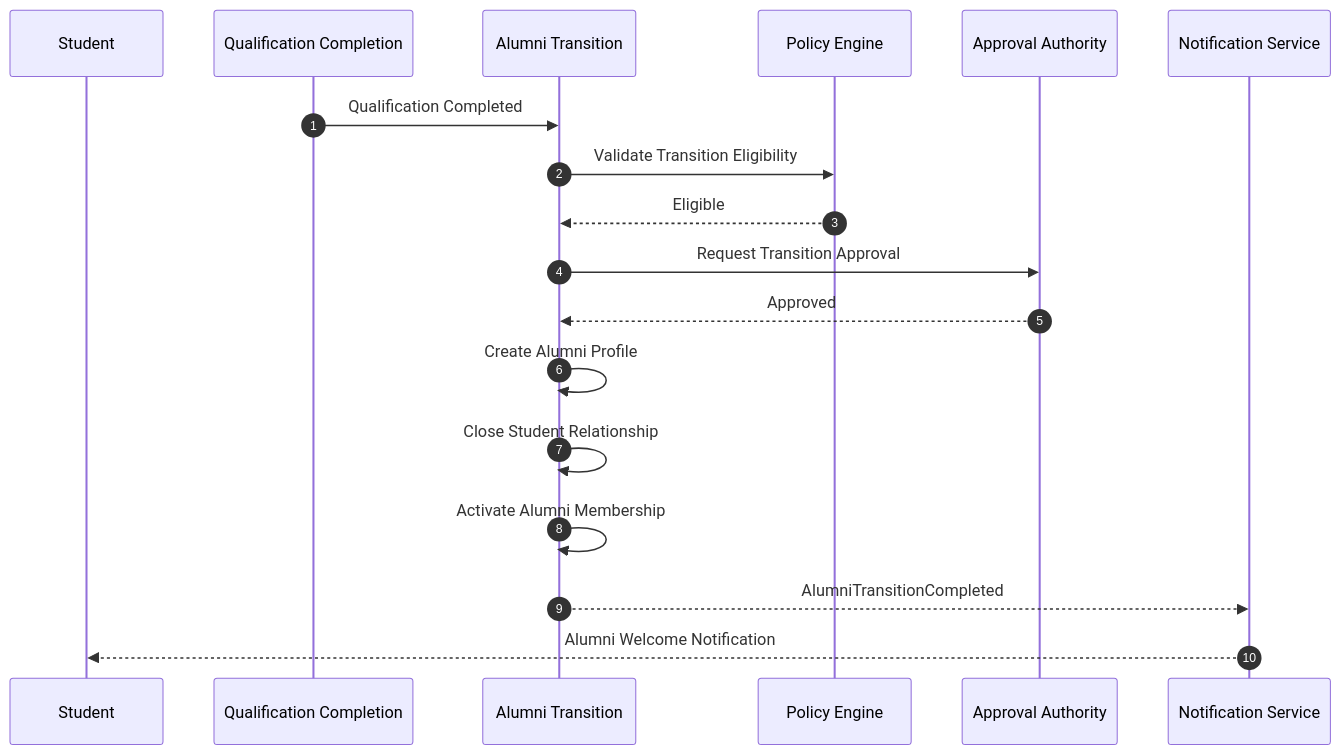
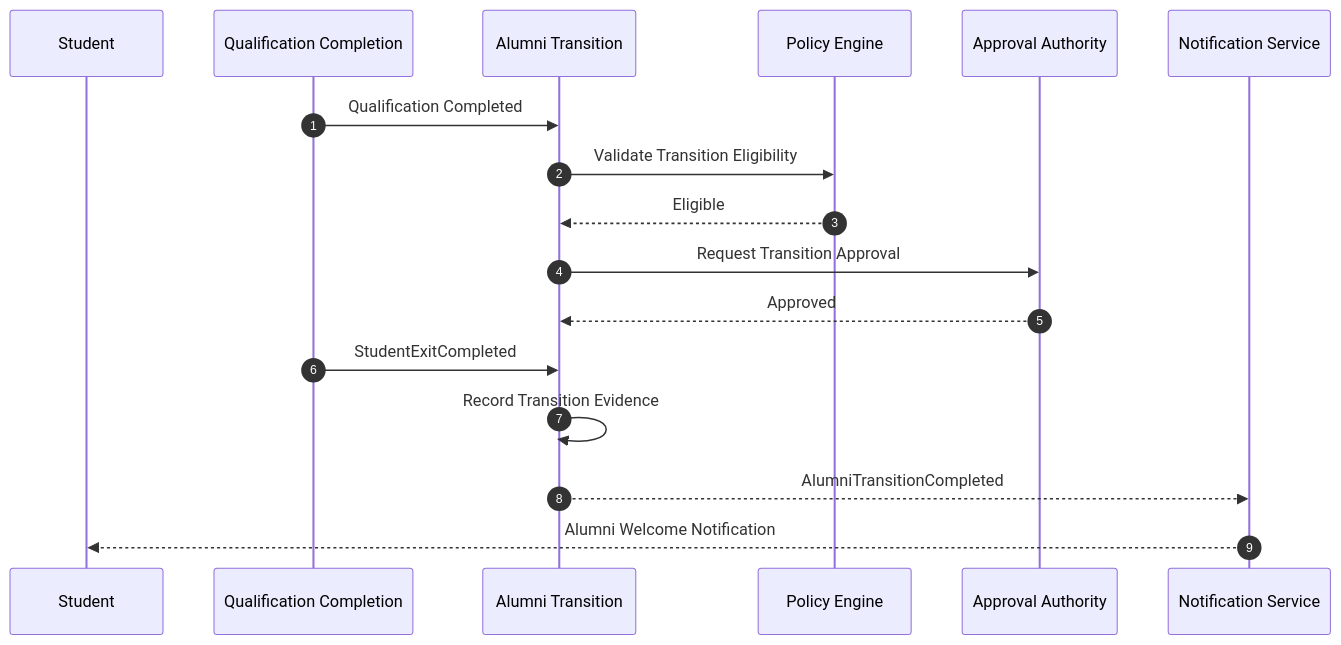
The eighth of 20 diagrams in architecture/L2_Domain_Workflow_Architecture/section-c/L2-C08_Alumni_Transition_Workflows.md (Varad1604/ERP_hark), drawn with Mermaid before and after one commit. The commit also changed other lines of this file and 10 other files, not shown here.

````diff
--- a/architecture/L2_Domain_Workflow_Architecture/section-c/L2-C08_Alumni_Transition_Workflows.md
+++ b/architecture/L2_Domain_Workflow_Architecture/section-c/L2-C08_Alumni_Transition_Workflows.md
@@ -5528,32 +5533,30 @@
 ```mermaid
 sequenceDiagram
 
     autonumber
 
     participant Student
     participant Qualification as Qualification Completion
     participant Alumni as Alumni Transition
     participant Policy as Policy Engine
     participant Approval as Approval Authority
     participant Notification as Notification Service
 
     Qualification->>Alumni: Qualification Completed
 
     Alumni->>Policy: Validate Transition Eligibility
 
     Policy-->>Alumni: Eligible
 
     Alumni->>Approval: Request Transition Approval
 
     Approval-->>Alumni: Approved
 
-    Alumni->>Alumni: Create Alumni Profile
+    Qualification->>Alumni: StudentExitCompleted
 
-    Alumni->>Alumni: Close Student Relationship
-
-    Alumni->>Alumni: Activate Alumni Membership
+    Alumni->>Alumni: Record Transition Evidence
 
     Alumni-->>Notification: AlumniTransitionCompleted
 
     Notification-->>Student: Alumni Welcome Notification
 ```
````
